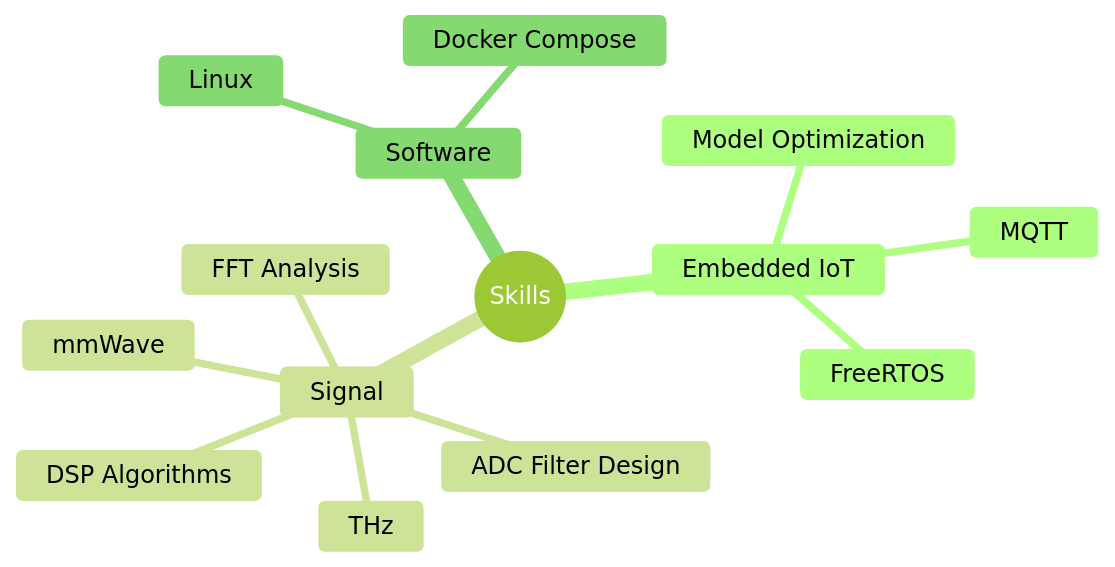
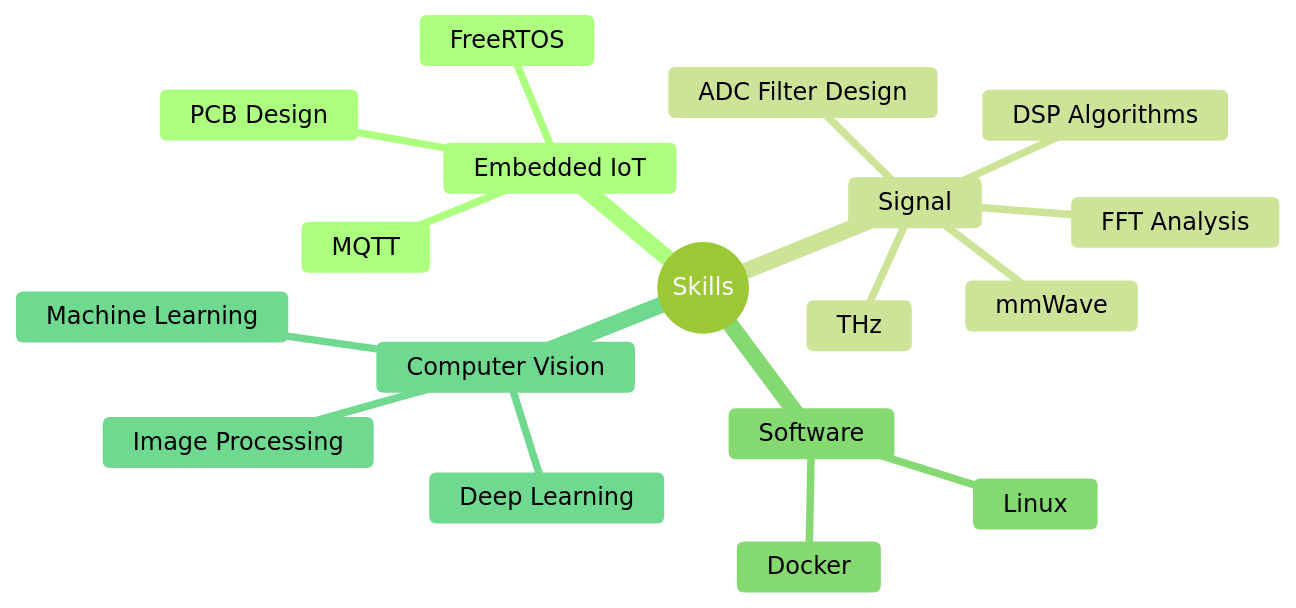
One commit to bathanh0309/bathanh0309 changed the diagram in README.md. Above: the diagram before and after it, drawn with Mermaid (forest theme). The commit also changed other lines of this file, not shown here.

````diff
--- a/README.md
+++ b/README.md
@@ -26,17 +21,21 @@
 ```mermaid
 mindmap
   root((Skills))
     Embedded IoT
       MQTT
       FreeRTOS
-      Model Optimization
+      PCB Design
     Signal
       mmWave
       THz
       ADC Filter Design
       DSP Algorithms
       FFT Analysis
     Software
       Linux
-      Docker Compose
+      Docker
+    Computer Vision
+      Machine Learning
+      Deep Learning
+      Image Processing
 ```
````
